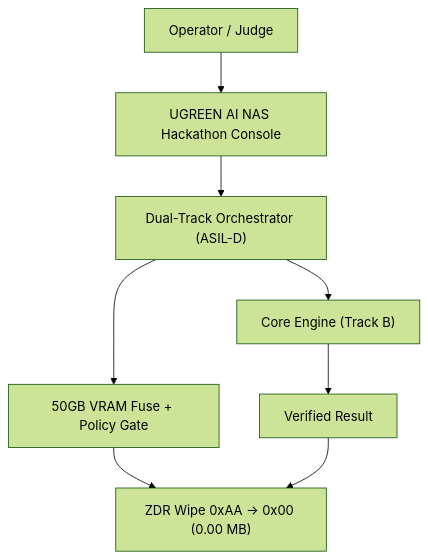
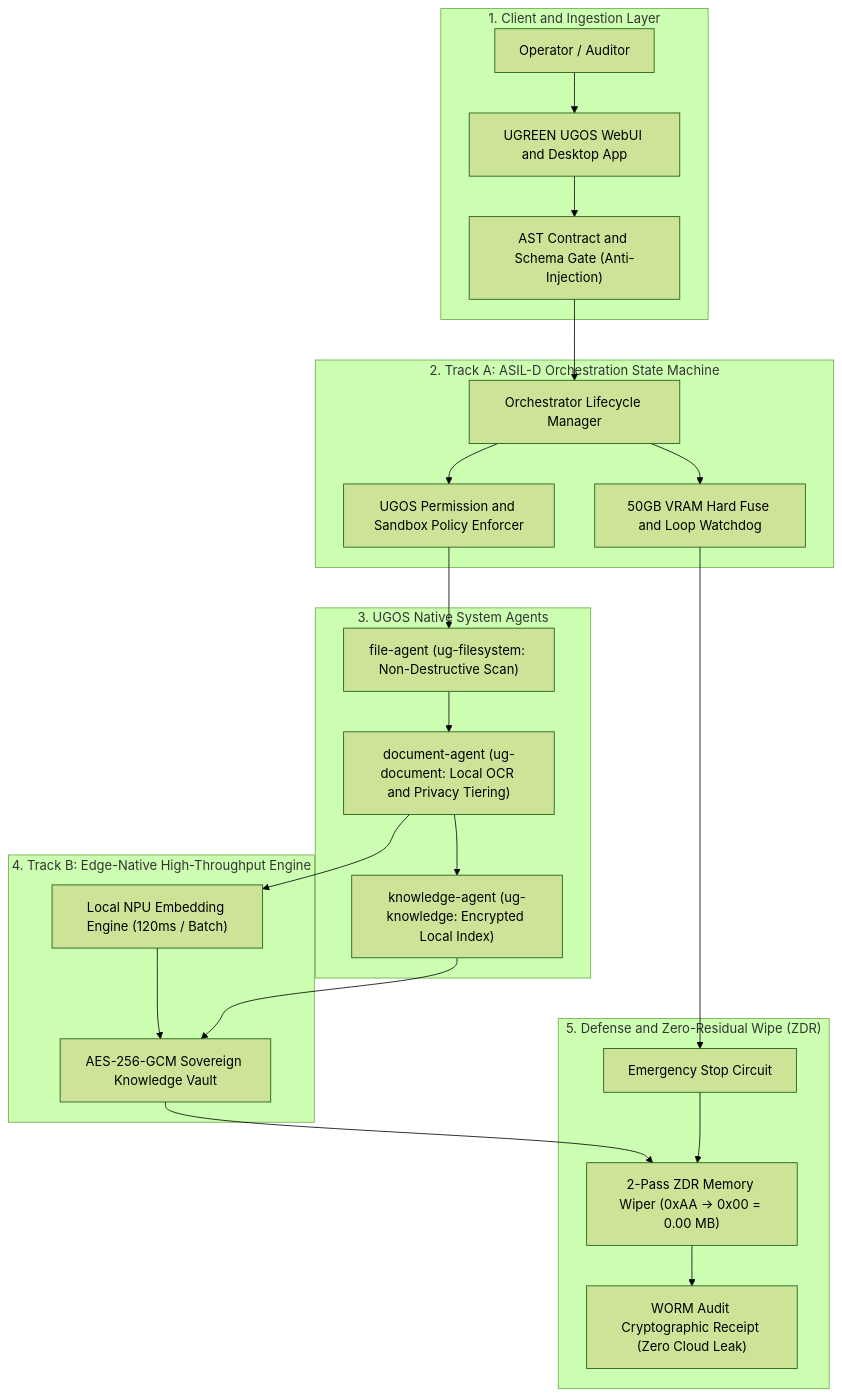
The diagram in 01_Specs/01_system_topology.mmd (jackhu24-ship-it/phantom-grid-ugreen-ai-nas), drawn with Mermaid (forest theme) before and after one commit. The commit also changed 17 other files, not shown here.

Commit message:
feat(submission): official submission update - four diagrams one table whitepaper, 1440p template 03 video manifest, and devpost status

```diff
--- a/01_Specs/01_system_topology.mmd
+++ b/01_Specs/01_system_topology.mmd
@@ -1,8 +1,30 @@
 flowchart TD
-    Op["Operator / Judge"] --> UI["UGREEN AI NAS Hackathon Console"]
-    UI --> Orch["Dual-Track Orchestrator (ASIL-D)"]
-    Orch --> Core["Core Engine (Track B)"]
-    Orch --> Guard["50GB VRAM Fuse + Policy Gate"]
-    Core --> Out["Verified Result"]
-    Guard --> ZDR["ZDR Wipe 0xAA -> 0x00 (0.00 MB)"]
-    Out --> ZDR
+    subgraph ClientLayer["1. Client and Ingestion Layer"]
+        Op["Operator / Auditor"] --> UI["UGREEN UGOS WebUI and Desktop App"]
+        UI --> Gate["AST Contract and Schema Gate (Anti-Injection)"]
+    end
+
+    subgraph TrackA["2. Track A: ASIL-D Orchestration State Machine"]
+        Gate --> Orch["Orchestrator Lifecycle Manager"]
+        Orch --> Policy["UGOS Permission and Sandbox Policy Enforcer"]
+        Orch --> Watchdog["50GB VRAM Hard Fuse and Loop Watchdog"]
+    end
+
+    subgraph SystemAgents["3. UGOS Native System Agents"]
+        Policy --> FA["file-agent (ug-filesystem: Non-Destructive Scan)"]
+        FA --> DA["document-agent (ug-document: Local OCR and Privacy Tiering)"]
+        DA --> KA["knowledge-agent (ug-knowledge: Encrypted Local Index)"]
+    end
+
+    subgraph TrackB["4. Track B: Edge-Native High-Throughput Engine"]
+        DA --> NPU["Local NPU Embedding Engine (120ms / Batch)"]
+        NPU --> Vault["AES-256-GCM Sovereign Knowledge Vault"]
+        KA --> Vault
+    end
+
+    subgraph DefenseLayer["5. Defense and Zero-Residual Wipe (ZDR)"]
+        Watchdog --> EStop["Emergency Stop Circuit"]
+        Vault --> ZDR["2-Pass ZDR Memory Wiper (0xAA -> 0x00 = 0.00 MB)"]
+        EStop --> ZDR
+        ZDR --> Receipt["WORM Audit Cryptographic Receipt (Zero Cloud Leak)"]
+    end
```
